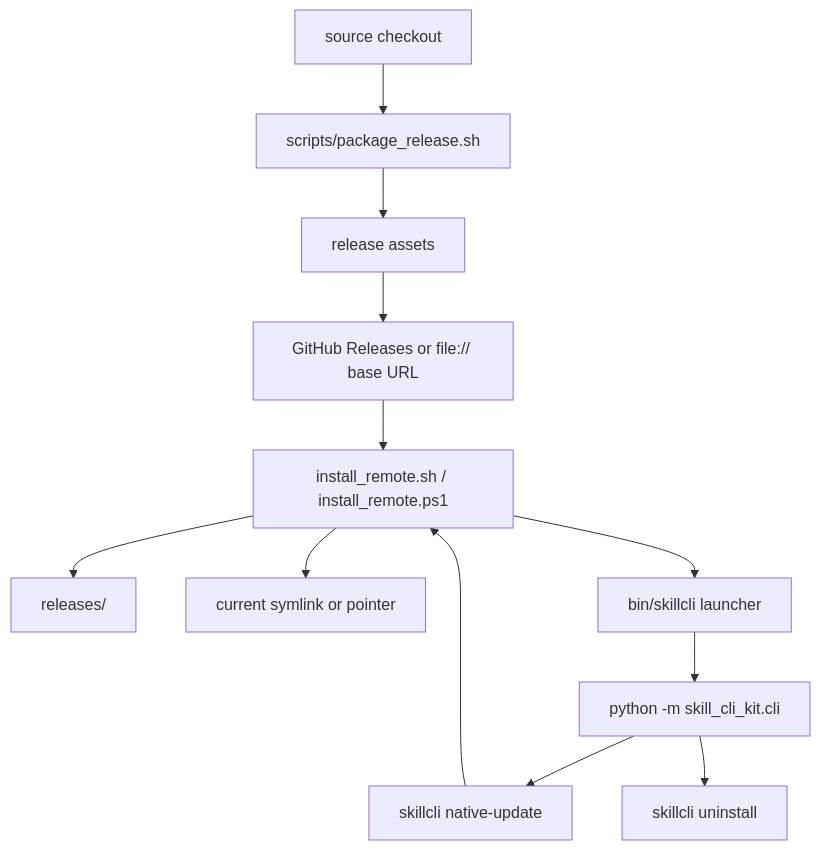
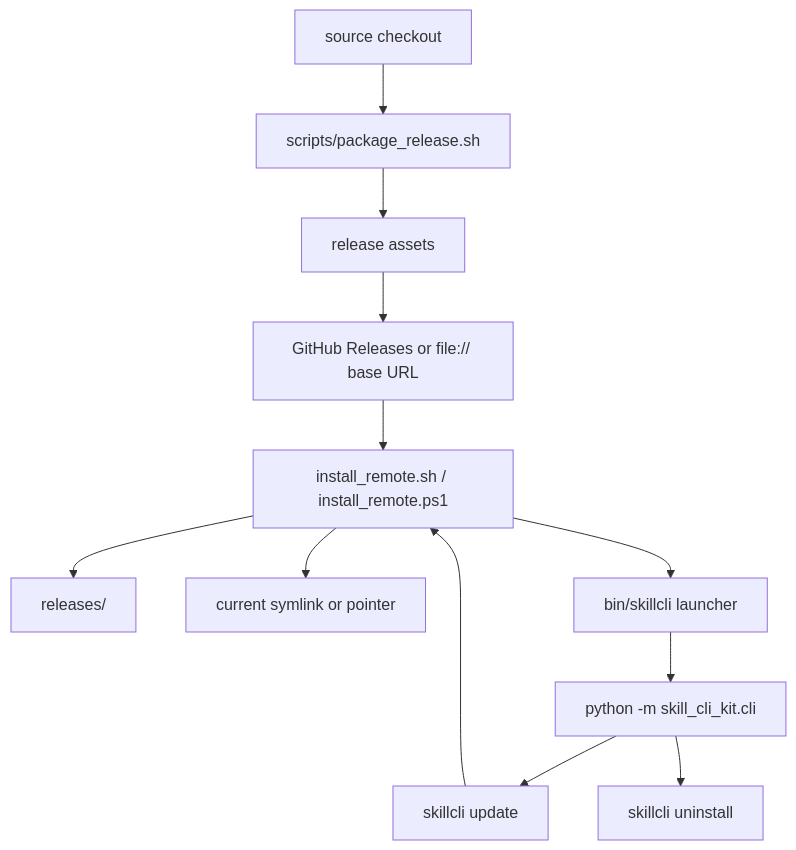
One commit to hongzhiyin/skill-cli-kit changed the diagram in docs/changes/2026-06-13-native-installer-distribution/ARCHITECTURE.md. Above: the diagram before and after it, drawn with Mermaid. The commit also changed other lines of this file and 16 other files, not shown here.

````diff
--- a/docs/changes/2026-06-13-native-installer-distribution/ARCHITECTURE.md
+++ b/docs/changes/2026-06-13-native-installer-distribution/ARCHITECTURE.md
@@ -53,14 +53,14 @@
 ```mermaid
 flowchart TD
   A["source checkout"] --> B["scripts/package_release.sh"]
   B --> C["release assets"]
   C --> D["GitHub Releases or file:// base URL"]
   D --> E["install_remote.sh / install_remote.ps1"]
   E --> F["releases/<version>"]
   E --> G["current symlink or pointer"]
   E --> H["bin/skillcli launcher"]
   H --> I["python -m skill_cli_kit.cli"]
-  I --> J["skillcli native-update"]
+  I --> J["skillcli update"]
   J --> E
   I --> K["skillcli uninstall"]
 ```
````
